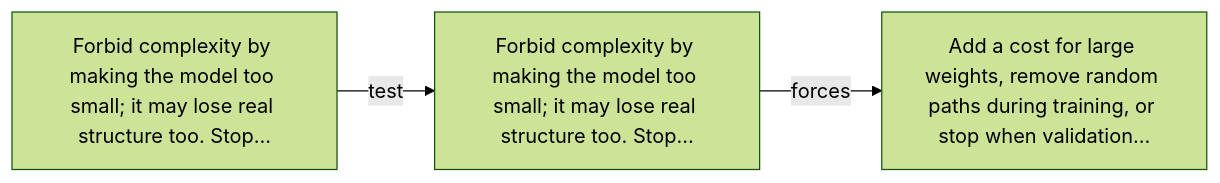
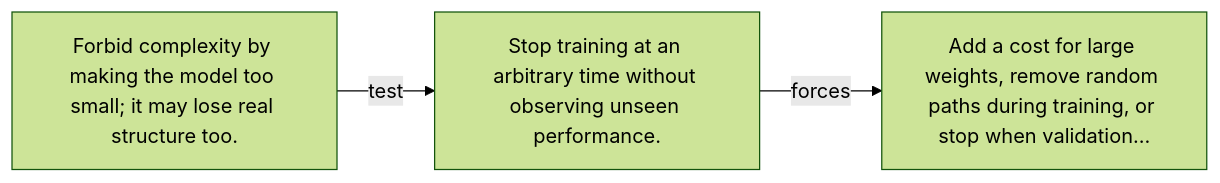
Before and after one commit to kleem-labs/AI-Archaeology: the diagram in excavations/032-regularization/diagram.md, drawn with Mermaid (forest theme). The commit also changed other lines of this file and 165 other files, not shown here.

````diff
--- a/excavations/032-regularization/diagram.md
+++ b/excavations/032-regularization/diagram.md
@@ -5,5 +5,5 @@
 ```mermaid
 flowchart LR
-    A["Forbid complexity by making the model too small; it may lose real structure too. Stop…"] -->|"test"| B["Forbid complexity by making the model too small; it may lose real structure too. Stop…"]
+    A["Forbid complexity by making the model too small; it may lose real structure too."] -->|"test"| B["Stop training at an arbitrary time without observing unseen performance."]
     B -->|"forces"| C["Add a cost for large weights, remove random paths during training, or stop when validation…"]
 ```
````
